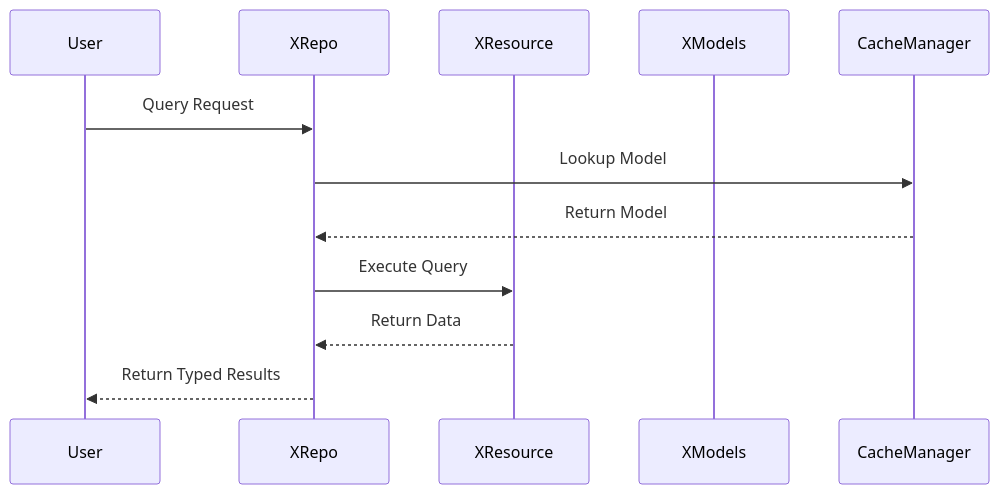
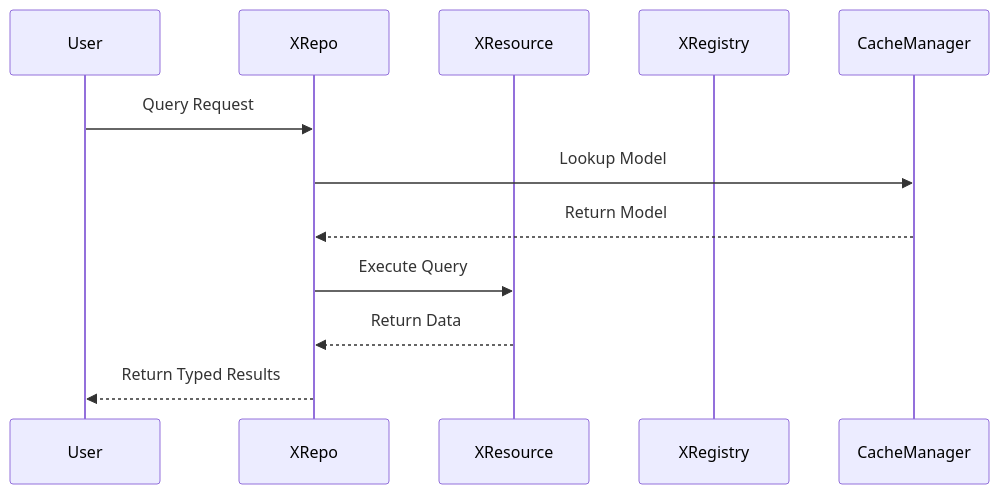
The third of 3 diagrams in FEATURES/ARCHITECTURE.md (rpalshetkar/claudify), drawn with Mermaid before and after one commit. The commit also changed other lines of this file and 1 other file, not shown here.

First line of the commit message:
Update ARCHITECTURE.md and parent CLAUDE.md: Replace XModels with XRegistry

````diff
--- a/FEATURES/ARCHITECTURE.md
+++ b/FEATURES/ARCHITECTURE.md
@@ -141,15 +141,15 @@
 ```mermaid
 sequenceDiagram
     participant User
     participant XRepo
     participant XResource
-    participant XModels
+    participant XRegistry
     participant CacheManager
     
     User->>XRepo: Query Request
     XRepo->>CacheManager: Lookup Model
     CacheManager-->>XRepo: Return Model
     XRepo->>XResource: Execute Query
     XResource-->>XRepo: Return Data
     XRepo-->>User: Return Typed Results
 ```
````
